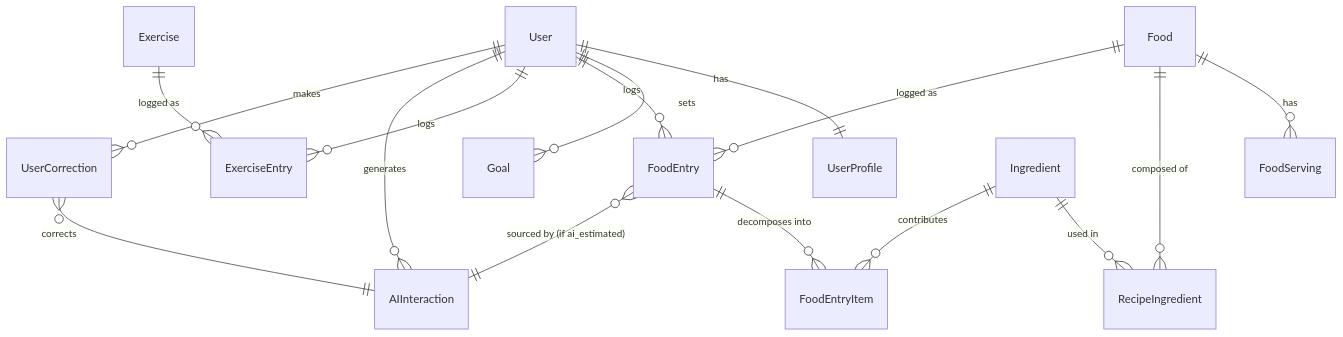
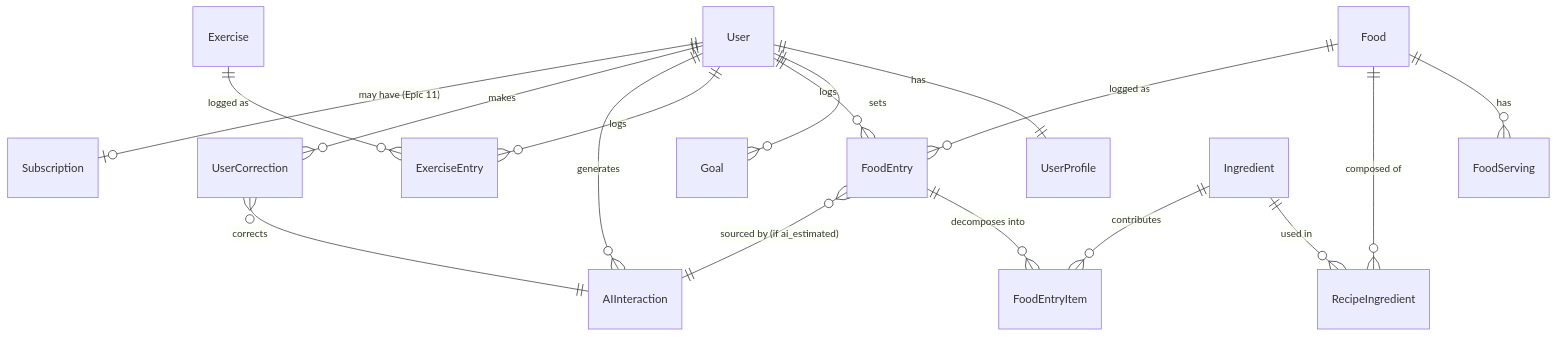
One commit to lahiruThennakoon/FitMeAI changed the second of 2 diagrams in _bmad-output/planning-artifacts/architecture/architecture-FitMe_AI-2026-07-20/ARCHITECTURE-SPINE.md. Above: the diagram before and after it, drawn with Mermaid. The commit also changed other lines of this file and 31 other files, not shown here.

First line of the commit message:
feat: add freemium AI parse quota and subscription provisioning (Epic 11)

````diff
--- a/_bmad-output/planning-artifacts/architecture/architecture-FitMe_AI-2026-07-20/ARCHITECTURE-SPINE.md
+++ b/_bmad-output/planning-artifacts/architecture/architecture-FitMe_AI-2026-07-20/ARCHITECTURE-SPINE.md
@@ -182,18 +182,19 @@
 ```mermaid
 erDiagram
   User ||--|| UserProfile : has
   User ||--o{ Goal : sets
   User ||--o{ FoodEntry : logs
   User ||--o{ ExerciseEntry : logs
   User ||--o{ AIInteraction : generates
   User ||--o{ UserCorrection : makes
+  User ||--o| Subscription : "may have (Epic 11)"
   Food ||--o{ FoodServing : has
   Food ||--o{ RecipeIngredient : "composed of"
   Ingredient ||--o{ RecipeIngredient : "used in"
   Food ||--o{ FoodEntry : "logged as"
   FoodEntry ||--o{ FoodEntryItem : "decomposes into"
   Ingredient ||--o{ FoodEntryItem : "contributes"
   FoodEntry }o--|| AIInteraction : "sourced by (if ai_estimated)"
   Exercise ||--o{ ExerciseEntry : "logged as"
   UserCorrection }o--|| AIInteraction : corrects
 ```
````
